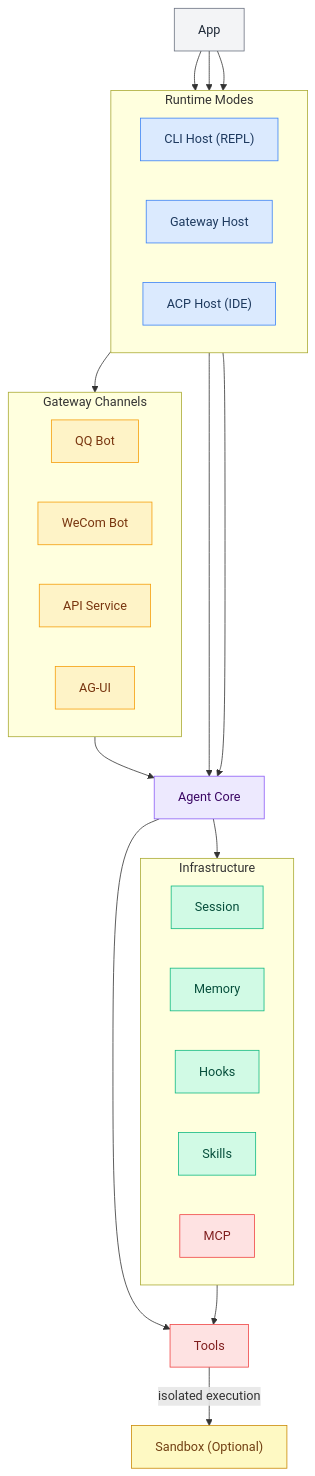
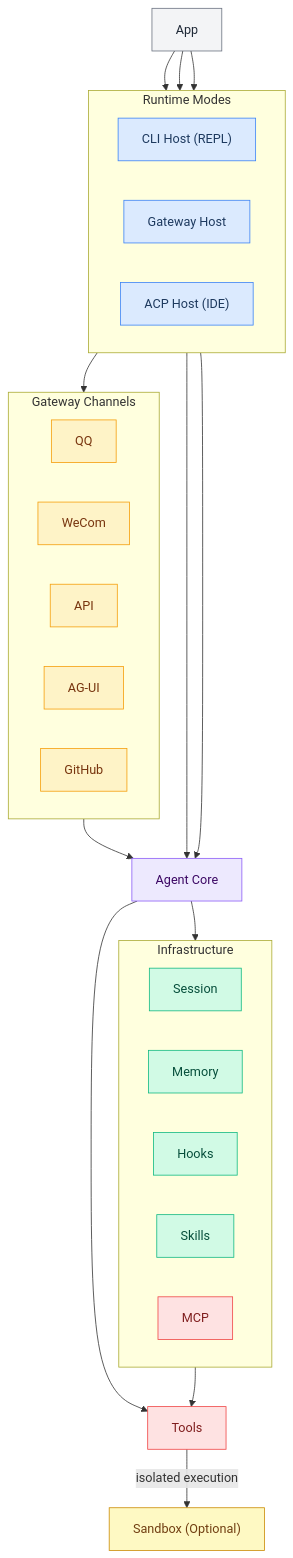
Before and after one commit to DotCraftDev/dotcraft: the first of 2 diagrams in README.md, drawn with Mermaid. The commit also changed other lines of this file and 37 other files, not shown here.

````diff
--- a/README.md
+++ b/README.md
@@ -38,67 +38,68 @@
 ```mermaid
 flowchart TB
     App["App"]
 
     subgraph hosts [Runtime Modes]
         direction LR
         CliHost["CLI Host (REPL)"]
         GatewayHost["Gateway Host"]
         AcpHost["ACP Host (IDE)"]
     end
 
     subgraph modules [Gateway Channels]
         direction LR
-        QQModule["QQ Bot"]
-        WeComModule["WeCom Bot"]
-        ApiModule["API Service"]
+        QQModule["QQ"]
+        WeComModule["WeCom"]
+        ApiModule["API"]
         AGUIModule["AG-UI"]
+        GitHubModule["GitHub"]
     end
 
     AgentCore["Agent Core"]
     Tools["Tools"]
     Sandbox["Sandbox (Optional)"]
 
     subgraph infra [Infrastructure]
         direction LR
         Session["Session"]
         Memory["Memory"]
         Hooks["Hooks"]
         Skills["Skills"]
         MCP["MCP"]
     end
 
     App --> CliHost
     App --> GatewayHost
     App --> AcpHost
 
     CliHost --> AgentCore
     AcpHost --> AgentCore
     GatewayHost --> modules
     modules --> AgentCore
 
     AgentCore --> Tools
     AgentCore --> infra
     MCP --> Tools
     Tools -->|"isolated execution"| Sandbox
 
     classDef entryStyle fill:#f3f4f6,stroke:#6b7280,color:#1f2937
     classDef hostStyle fill:#dbeafe,stroke:#3b82f6,color:#1e3a5f
     classDef moduleStyle fill:#fef3c7,stroke:#f59e0b,color:#78350f
     classDef coreStyle fill:#ede9fe,stroke:#8b5cf6,color:#3b0764
     classDef toolStyle fill:#fee2e2,stroke:#ef4444,color:#7f1d1d
     classDef infraStyle fill:#d1fae5,stroke:#10b981,color:#064e3b
     classDef sandboxStyle fill:#fef9c3,stroke:#ca8a04,color:#713f12
 
     class App entryStyle
     class CliHost,GatewayHost,AcpHost hostStyle
-    class QQModule,WeComModule,ApiModule,AGUIModule moduleStyle
+    class QQModule,WeComModule,ApiModule,AGUIModule,GitHubModule moduleStyle
     class AgentCore coreStyle
     class Tools toolStyle
     class Session,Memory,Hooks,Skills,Config infraStyle
     class Sandbox sandboxStyle
 
     class AgentFactory,AgentRunner,SessionGate,MessageRouter coreStyle
     class CoreTools,SubAgent,MCP,ChannelTools toolStyle
     class SessionStore,MemoryStore,Hooks,Skills,Config infraStyle
     class OpenSandbox sandboxStyle
 ```
````
